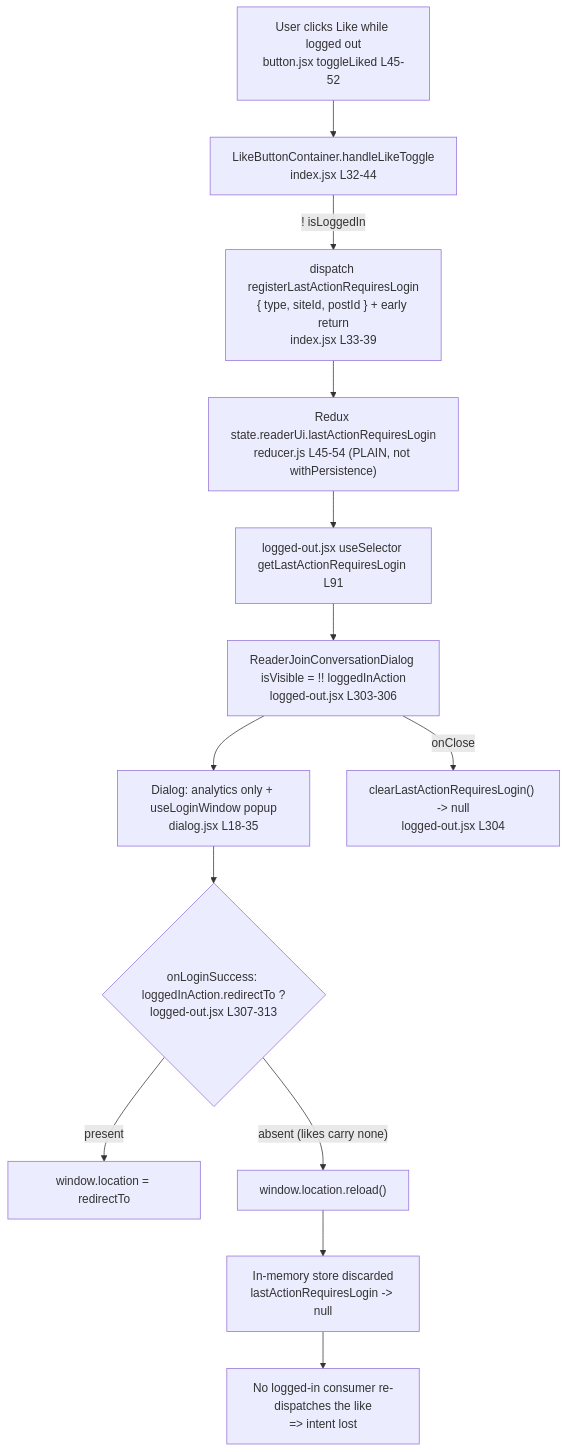
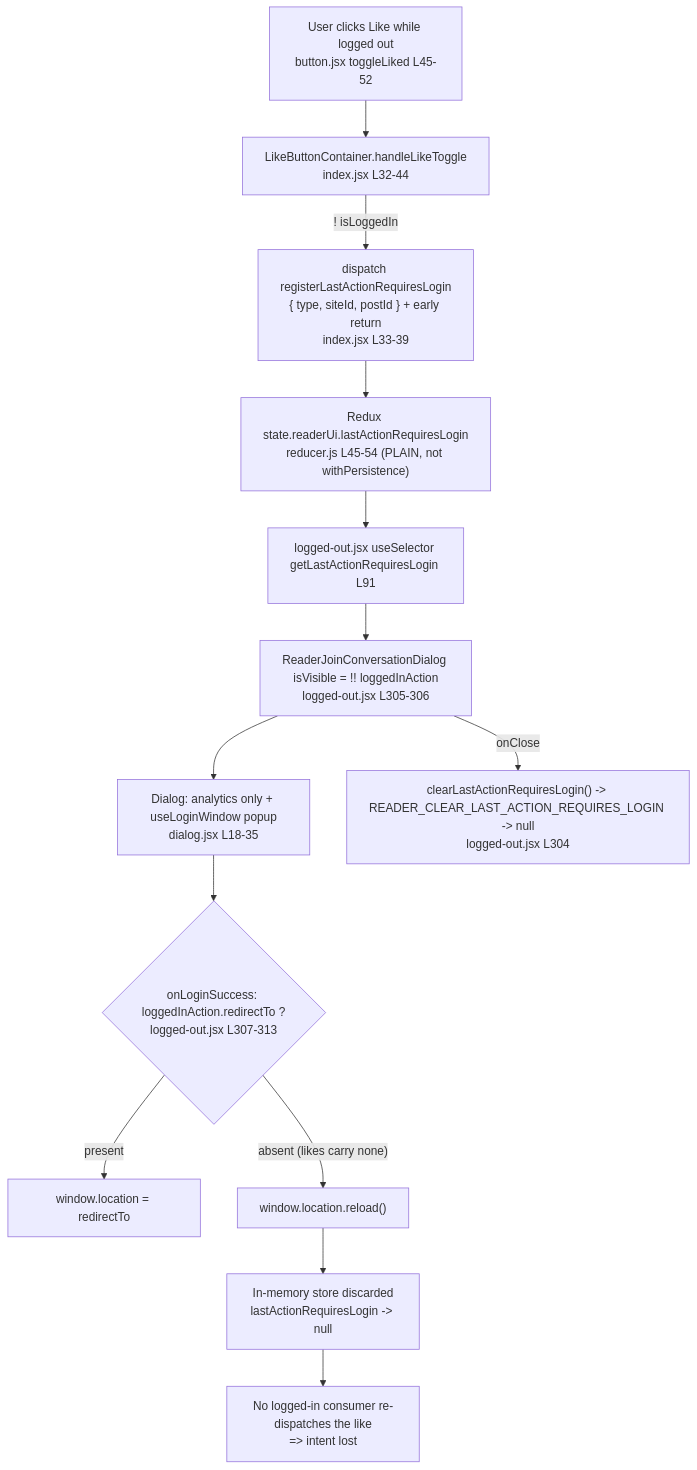
One commit to blitzy-research/wp-calypso changed the diagram in blitzy/documentation/wp-calypso_be7e5cc64162.md. Above: the diagram before and after it, drawn with Mermaid. The commit also changed other lines of this file, not shown here.

First line of the commit message:
docs: address code review findings for logged-out Reader like intent investigation

````diff
--- a/blitzy/documentation/wp-calypso_be7e5cc64162.md
+++ b/blitzy/documentation/wp-calypso_be7e5cc64162.md
@@ -478,15 +911,15 @@
 ```mermaid
 flowchart TD
     A["User clicks Like while logged out<br/>button.jsx toggleLiked L45-52"] --> B["LikeButtonContainer.handleLikeToggle<br/>index.jsx L32-44"]
     B -->|"! isLoggedIn"| C["dispatch registerLastActionRequiresLogin<br/>{ type, siteId, postId } + early return<br/>index.jsx L33-39"]
     C --> D["Redux state.readerUi.lastActionRequiresLogin<br/>reducer.js L45-54 (PLAIN, not withPersistence)"]
     D --> E["logged-out.jsx useSelector getLastActionRequiresLogin L91"]
-    E --> F["ReaderJoinConversationDialog isVisible = !! loggedInAction<br/>logged-out.jsx L303-306"]
+    E --> F["ReaderJoinConversationDialog isVisible = !! loggedInAction<br/>logged-out.jsx L305-306"]
     F --> G["Dialog: analytics only + useLoginWindow popup<br/>dialog.jsx L18-35"]
     G --> H{"onLoginSuccess: loggedInAction.redirectTo ?<br/>logged-out.jsx L307-313"}
     H -->|"present"| I["window.location = redirectTo"]
     H -->|"absent (likes carry none)"| J["window.location.reload()"]
     J --> K["In-memory store discarded<br/>lastActionRequiresLogin -> null"]
     K --> L["No logged-in consumer re-dispatches the like<br/>=> intent lost"]
-    F -->|"onClose"| M["clearLastActionRequiresLogin() -> null<br/>logged-out.jsx L304"]
+    F -->|"onClose"| M["clearLastActionRequiresLogin() -> READER_CLEAR_LAST_ACTION_REQUIRES_LOGIN -> null<br/>logged-out.jsx L304"]
 ```
````
